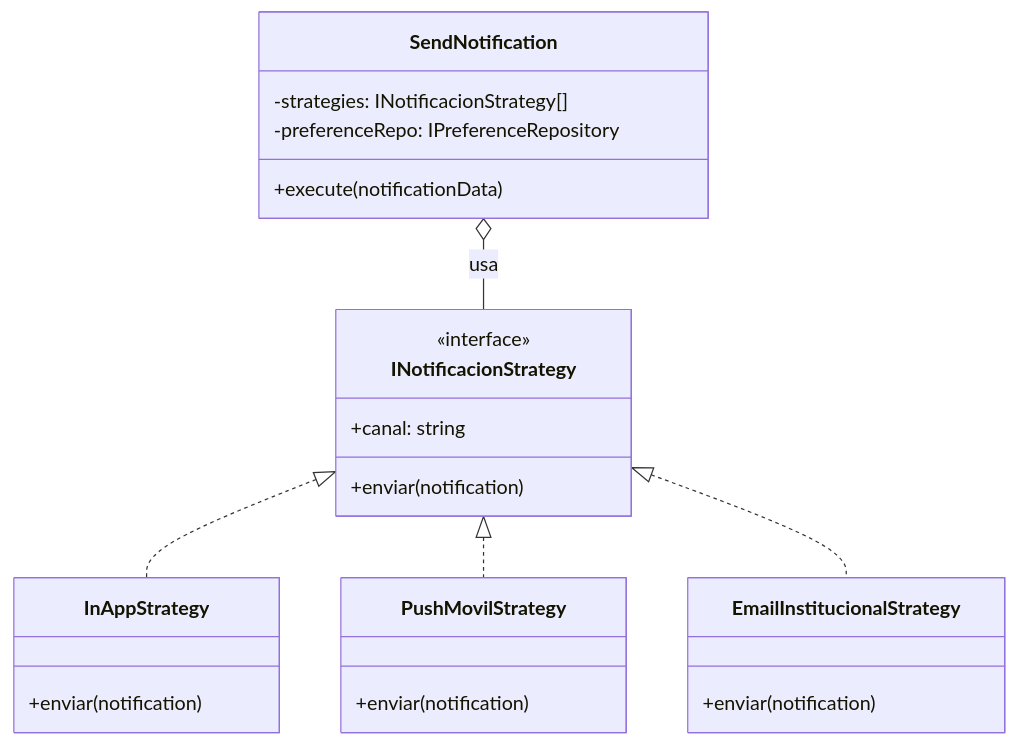
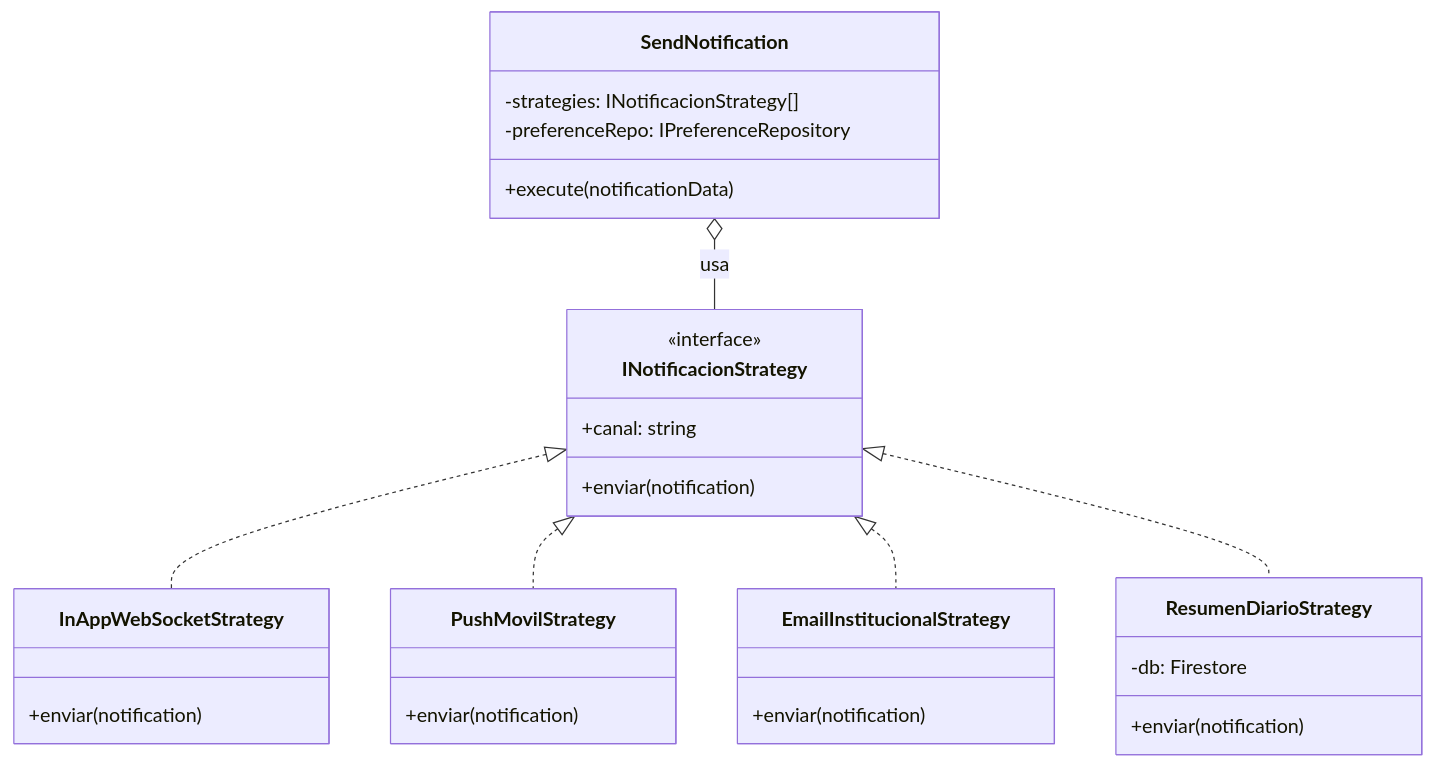
The diagram in uniconnect_g3_backend/uniconnect-backend/services/notification-service/README.md (mel30101/uniconnectG3), drawn with Mermaid before and after one commit. The commit also changed other lines of this file and 7 other files, not shown here.

Commit message:
feat(notification): implementacion de ResumenDiarioStrategy y worker de agregacion

````diff
--- a/uniconnect_g3_backend/uniconnect-backend/services/notification-service/README.md
+++ b/uniconnect_g3_backend/uniconnect-backend/services/notification-service/README.md
@@ -16,31 +16,37 @@
 ```mermaid
 classDiagram
     class SendNotification {
         -strategies: INotificacionStrategy[]
         -preferenceRepo: IPreferenceRepository
         +execute(notificationData)
     }
 
     class INotificacionStrategy {
         <<interface>>
         +canal: string
         +enviar(notification)
     }
 
-    class InAppStrategy {
+    class InAppWebSocketStrategy {
         +enviar(notification)
     }
 
     class PushMovilStrategy {
         +enviar(notification)
     }
 
     class EmailInstitucionalStrategy {
         +enviar(notification)
     }
 
+    class ResumenDiarioStrategy {
+        -db: Firestore
+        +enviar(notification)
+    }
+
     SendNotification o-- INotificacionStrategy : usa
-    INotificacionStrategy <|.. InAppStrategy
+    INotificacionStrategy <|.. InAppWebSocketStrategy
     INotificacionStrategy <|.. PushMovilStrategy
     INotificacionStrategy <|.. EmailInstitucionalStrategy
+    INotificacionStrategy <|.. ResumenDiarioStrategy
 ```
````
